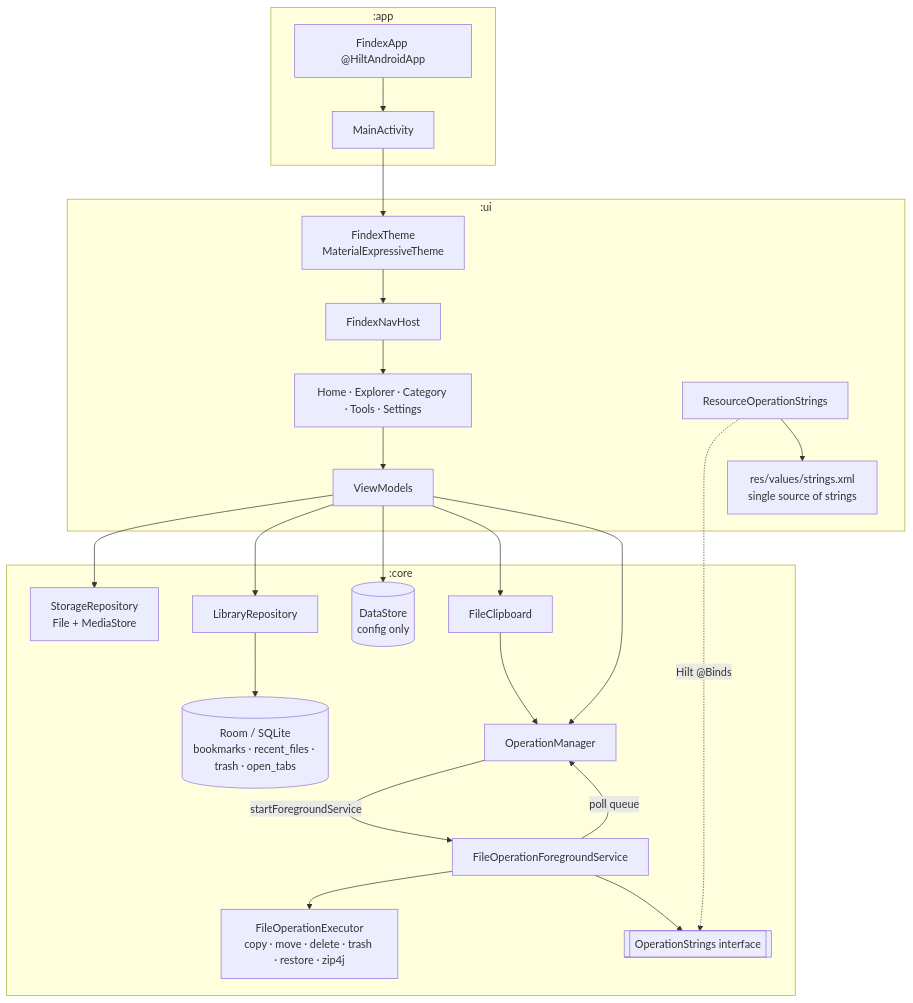
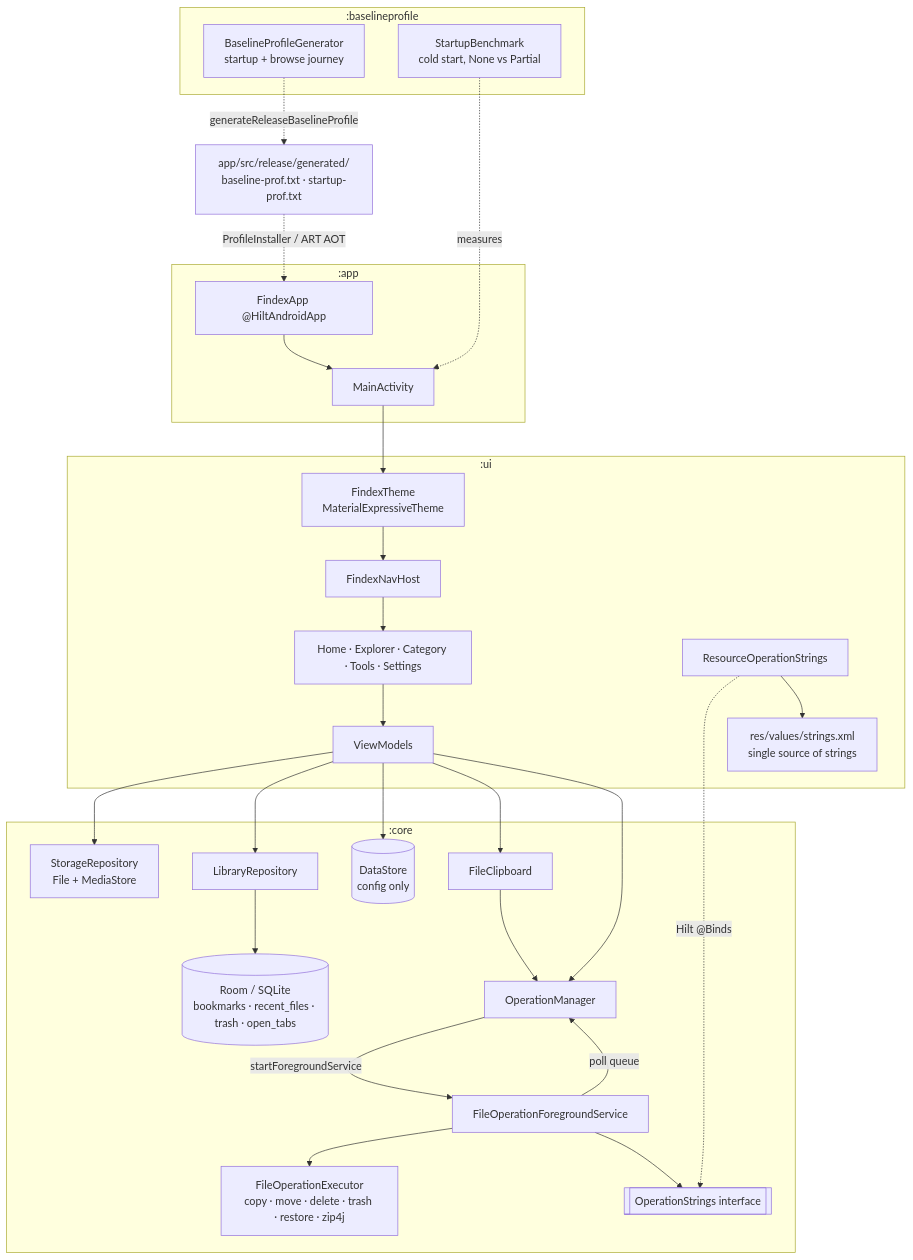
Before and after one commit to aiyu-ayaan/Findex: the first of 14 diagrams in development/docs/ARCHITECTURE.md, drawn with Mermaid. The commit also changed other lines of this file and 13 other files, not shown here.

First line of the commit message:
perf(Startup) : Add baseline profile module and exit splash as soon as content is ready

````diff
--- a/development/docs/ARCHITECTURE.md
+++ b/development/docs/ARCHITECTURE.md
@@ -11,41 +11,49 @@
 ```mermaid
 graph TD
     subgraph ":app"
         App[FindexApp @HiltAndroidApp]
         MainAct[MainActivity]
     end
 
     subgraph ":ui"
         UIStrings[res/values/strings.xml<br/>single source of strings]
         Theme[FindexTheme<br/>MaterialExpressiveTheme]
         Nav[FindexNavHost]
         Screens[Home · Explorer · Category · Tools · Settings]
         VMs[ViewModels]
         OpStrings[ResourceOperationStrings]
     end
 
     subgraph ":core"
         StorageRepo[StorageRepository<br/>File + MediaStore]
         LibraryRepo[LibraryRepository]
         DB[(Room / SQLite<br/>bookmarks · recent_files · trash · open_tabs)]
         Settings[(DataStore<br/>config only)]
         OpMgr[OperationManager]
         Clip[FileClipboard]
         Exec[FileOperationExecutor<br/>copy · move · delete · trash · restore · zip4j]
         FGS[FileOperationForegroundService]
         OpStringsIf[[OperationStrings interface]]
     end
 
+    subgraph ":baselineprofile"
+        Gen[BaselineProfileGenerator<br/>startup + browse journey]
+        Bench[StartupBenchmark<br/>cold start, None vs Partial]
+    end
+
     App --> MainAct --> Theme --> Nav --> Screens --> VMs
     VMs --> StorageRepo
     VMs --> LibraryRepo --> DB
     VMs --> Settings
     VMs --> Clip --> OpMgr
     VMs --> OpMgr
     OpMgr -- startForegroundService --> FGS
     FGS -- poll queue --> OpMgr
     FGS --> Exec
     FGS --> OpStringsIf
     OpStrings -. Hilt @Binds .-> OpStringsIf
     OpStrings --> UIStrings
+    Gen -. generateReleaseBaselineProfile .-> Prof[app/src/release/generated/<br/>baseline-prof.txt · startup-prof.txt]
+    Prof -. ProfileInstaller / ART AOT .-> App
+    Bench -. measures .-> MainAct
 ```
````
